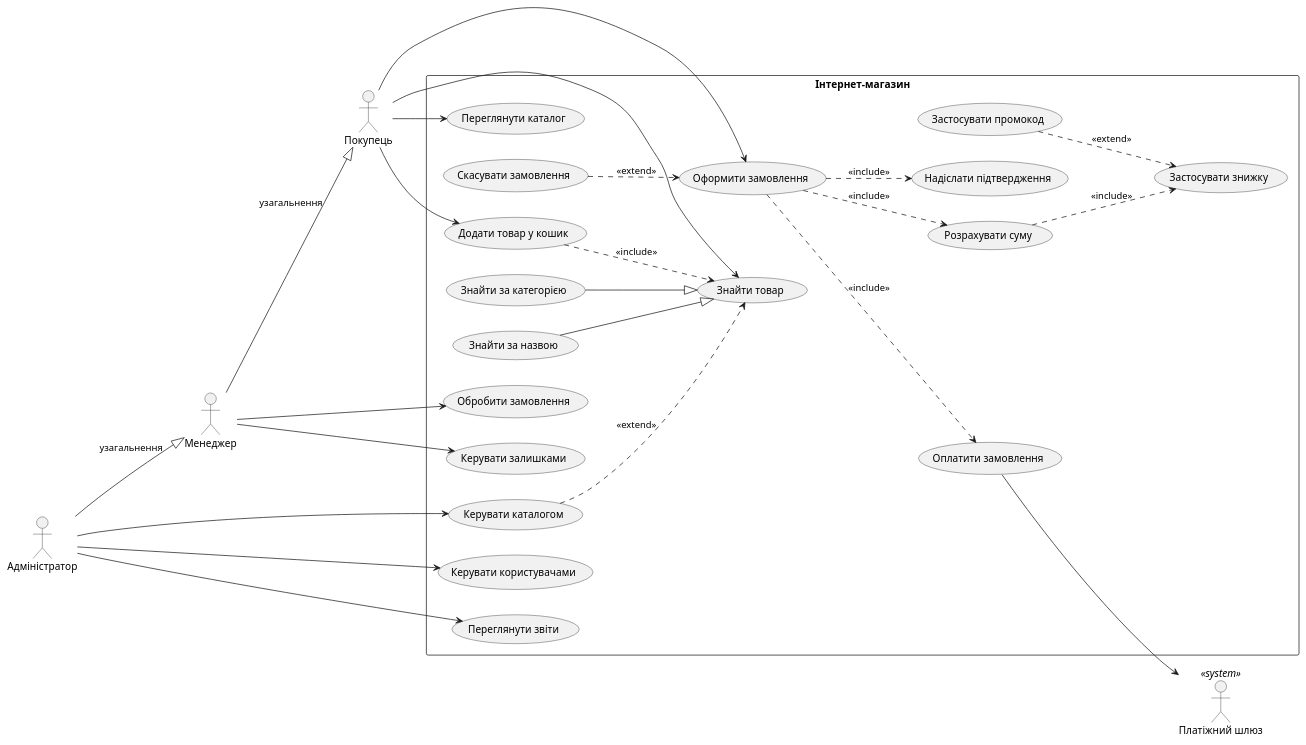
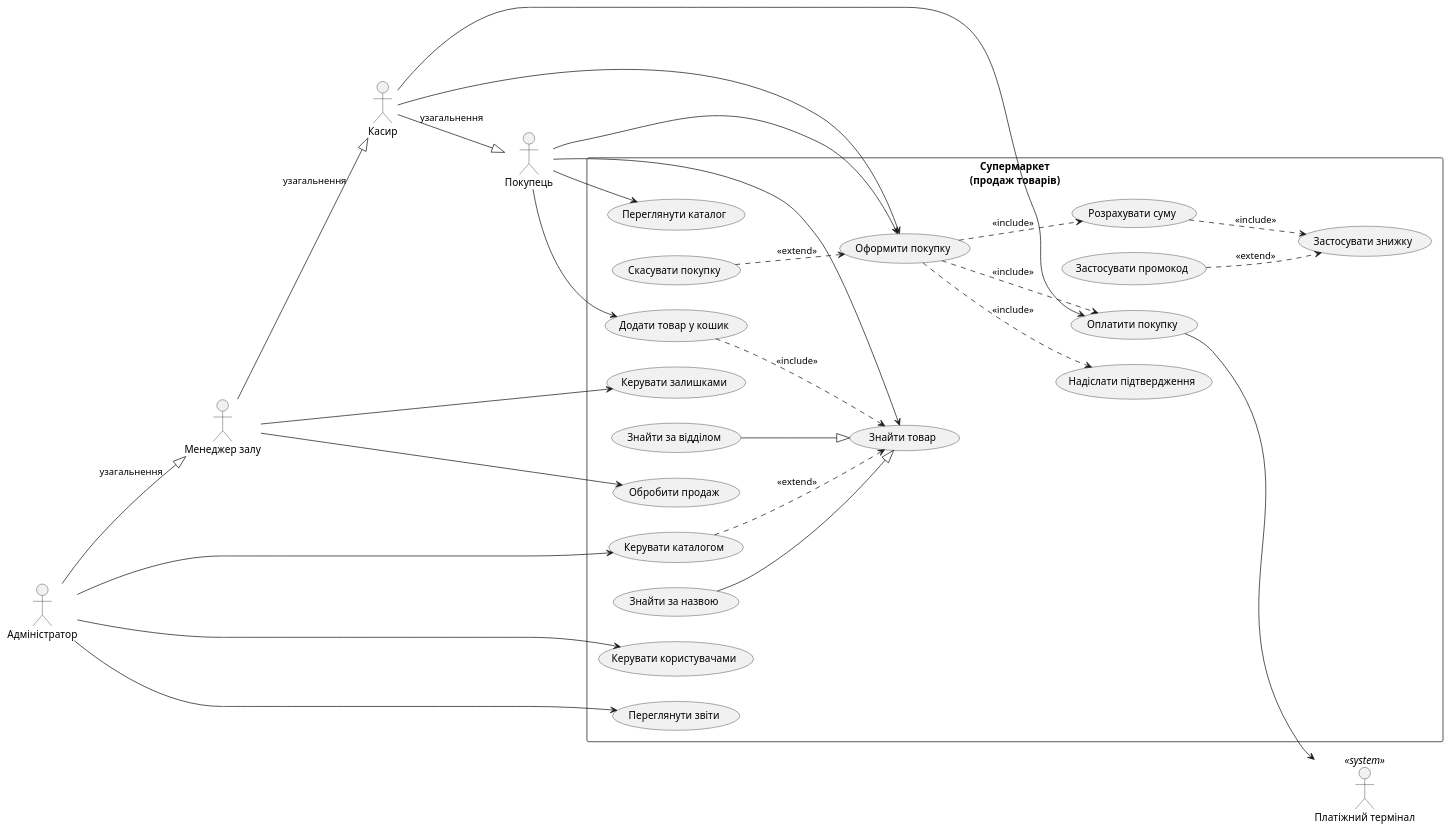
Before and after one commit to Al-Hav-ic/ci-cd-lab: the diagram in docs/use-case-diagram.puml, drawn with PlantUML. The commit also changed 2 other files, not shown here.

Commit message:
docs: align lab 2 with supermarket sales system theme
Update architecture.md and use-case diagram for Havrylenko supermarket domain; refresh PNG and theory-lab2.html.

```diff
--- a/docs/use-case-diagram.puml
+++ b/docs/use-case-diagram.puml
@@ -1,58 +1,62 @@
 @startuml
 left to right direction
 skinparam packageStyle rectangle
 skinparam defaultFontName Arial
 
 actor "Покупець" as Customer
-actor "Менеджер" as Manager
+actor "Касир" as Cashier
+actor "Менеджер залу" as Manager
 actor "Адміністратор" as Admin
-actor "Платіжний шлюз" as Gateway <<system>>
+actor "Платіжний термінал" as Terminal <<system>>
 
-Manager --|> Customer : узагальнення
+Cashier --|> Customer : узагальнення
+Manager --|> Cashier : узагальнення
 Admin --|> Manager : узагальнення
 
-rectangle "Інтернет-магазин" {
+rectangle "Супермаркет\n(продаж товарів)" {
   usecase "Переглянути каталог" as UC_Browse
   usecase "Знайти товар" as UC_Search
-  usecase "Знайти за категорією" as UC_SearchCat
+  usecase "Знайти за відділом" as UC_SearchCat
   usecase "Знайти за назвою" as UC_SearchName
   usecase "Додати товар у кошик" as UC_Cart
-  usecase "Оформити замовлення" as UC_Order
+  usecase "Оформити покупку" as UC_Order
   usecase "Розрахувати суму" as UC_Total
   usecase "Застосувати знижку" as UC_Discount
   usecase "Застосувати промокод" as UC_Promo
-  usecase "Оплатити замовлення" as UC_Pay
+  usecase "Оплатити покупку" as UC_Pay
   usecase "Надіслати підтвердження" as UC_Notify
-  usecase "Скасувати замовлення" as UC_Cancel
-  usecase "Обробити замовлення" as UC_Process
+  usecase "Скасувати покупку" as UC_Cancel
+  usecase "Обробити продаж" as UC_Process
   usecase "Керувати залишками" as UC_Stock
   usecase "Керувати каталогом" as UC_Catalog
   usecase "Керувати користувачами" as UC_Users
   usecase "Переглянути звіти" as UC_Reports
 }
 
 Customer --> UC_Browse
 Customer --> UC_Search
 Customer --> UC_Cart
 Customer --> UC_Order
+Cashier --> UC_Order
+Cashier --> UC_Pay
 Manager --> UC_Process
 Manager --> UC_Stock
 Admin --> UC_Catalog
 Admin --> UC_Users
 Admin --> UC_Reports
 
 UC_SearchCat --|> UC_Search
 UC_SearchName --|> UC_Search
 
 UC_Order ..> UC_Total : <<include>>
 UC_Order ..> UC_Pay : <<include>>
 UC_Order ..> UC_Notify : <<include>>
 UC_Total ..> UC_Discount : <<include>>
 UC_Cart ..> UC_Search : <<include>>
 
 UC_Promo ..> UC_Discount : <<extend>>
 UC_Cancel ..> UC_Order : <<extend>>
 UC_Catalog ..> UC_Search : <<extend>>
 
-UC_Pay --> Gateway
+UC_Pay --> Terminal
 @enduml
```
